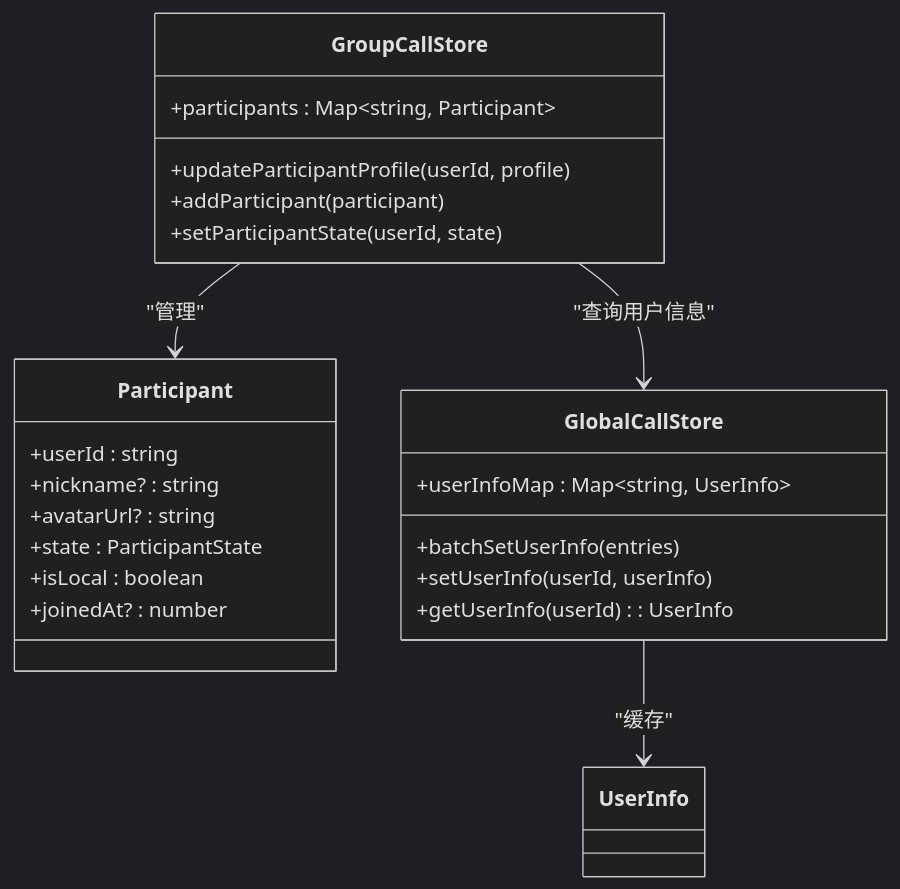
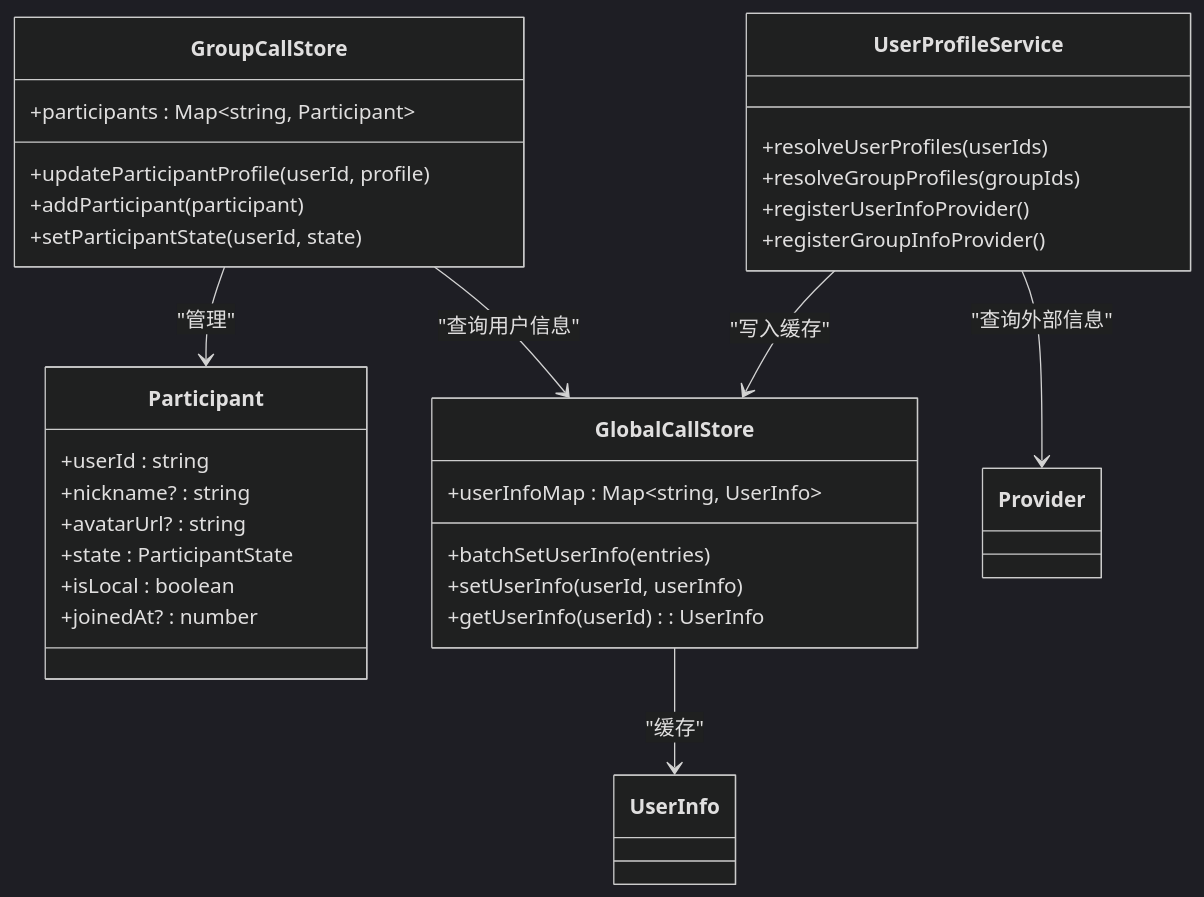
One commit to Easemob-Community/easemob-uikit-callkit-vue3 changed the sixth of 9 diagrams in .qoder/repowiki/zh/content/服务层/用户资料服务.md. Above: the diagram before and after it, drawn with Mermaid (dark theme). The commit also changed other lines of this file and 12 other files, not shown here.

First line of the commit message:
feat: call / groupCall 支持主动传入 caller userInfo

````diff
--- a/.qoder/repowiki/zh/content/服务层/用户资料服务.md
+++ b/.qoder/repowiki/zh/content/服务层/用户资料服务.md
@@ -230,26 +284,34 @@
 ```mermaid
 classDiagram
 class GroupCallStore {
 +updateParticipantProfile(userId, profile)
 +addParticipant(participant)
 +setParticipantState(userId, state)
 +participants : Map~string, Participant~
 }
 class Participant {
 +userId : string
 +nickname? : string
 +avatarUrl? : string
 +state : ParticipantState
 +isLocal : boolean
 +joinedAt? : number
 }
 class GlobalCallStore {
 +batchSetUserInfo(entries)
 +setUserInfo(userId, userInfo)
 +getUserInfo(userId) : UserInfo
 +userInfoMap : Map~string, UserInfo~
 }
+class UserProfileService {
++resolveUserProfiles(userIds)
++resolveGroupProfiles(groupIds)
++registerUserInfoProvider()
++registerGroupInfoProvider()
+}
 GroupCallStore --> Participant : "管理"
 GlobalCallStore --> UserInfo : "缓存"
 GroupCallStore --> GlobalCallStore : "查询用户信息"
+UserProfileService --> GlobalCallStore : "写入缓存"
+UserProfileService --> Provider : "查询外部信息"
 ```
````
